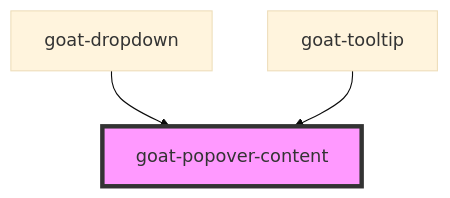
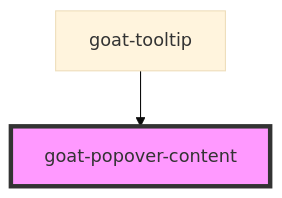
One commit to goatui/components changed the diagram in src/components/informational/popover/popover-content/readme.md. Above: the diagram before and after it, drawn with Mermaid (base theme). The commit also changed other lines of this file and 22 other files, not shown here.

````diff
--- a/src/components/informational/popover/popover-content/readme.md
+++ b/src/components/informational/popover/popover-content/readme.md
@@ -16,6 +25,5 @@
 ```mermaid
 graph TD;
-  goat-dropdown --> goat-popover-content
   goat-tooltip --> goat-popover-content
   style goat-popover-content fill:#f9f,stroke:#333,stroke-width:4px
 ```
````
